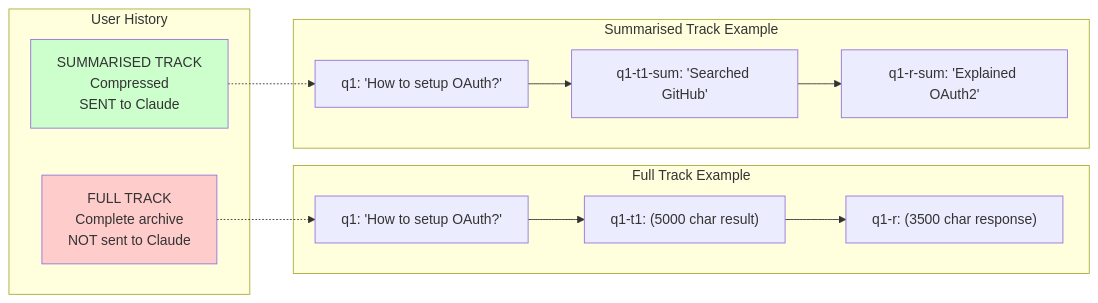
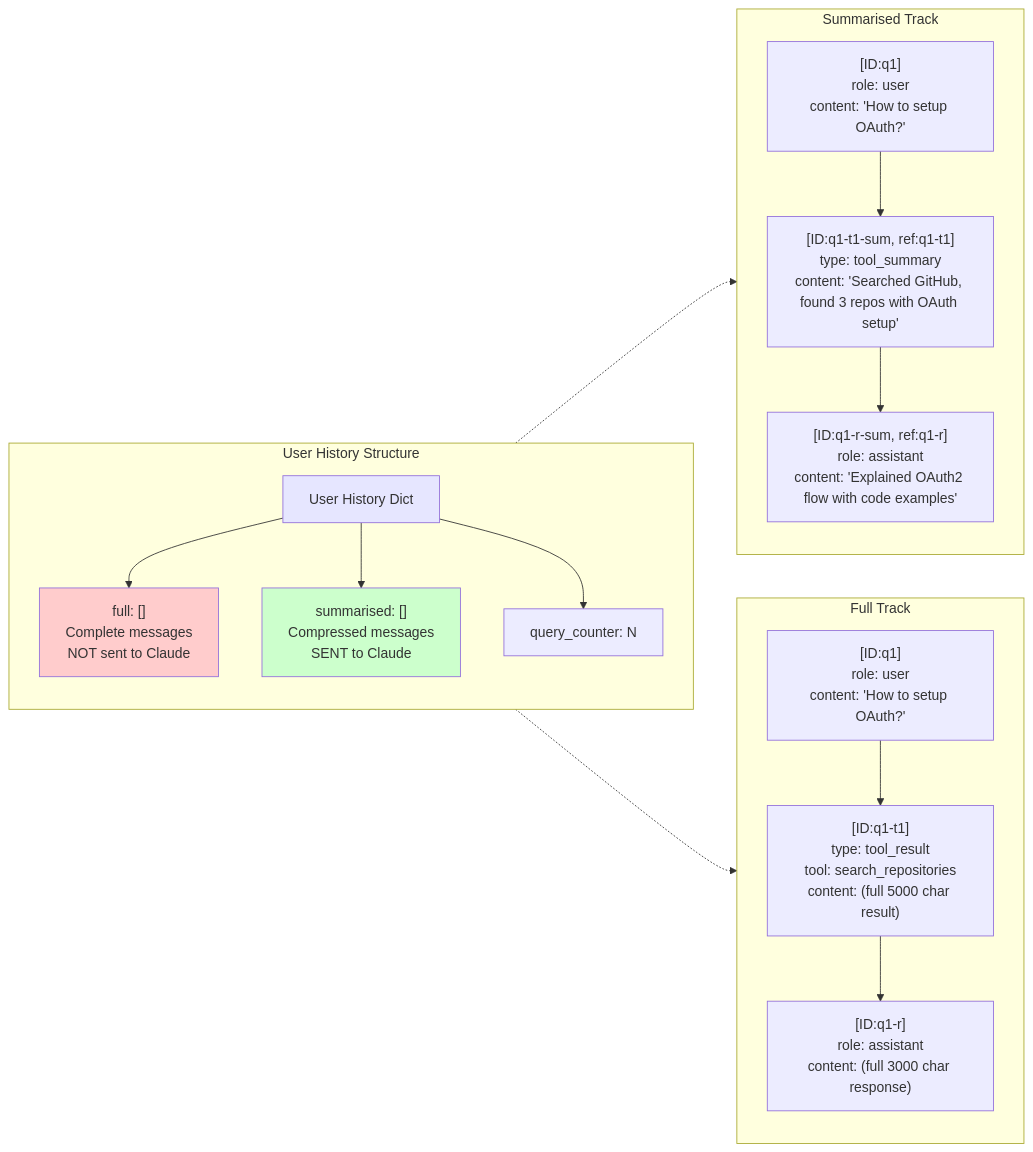
Before and after one commit to Suraj198-creator/Kler: the third of 7 diagrams in TOOL_ORCHESTRATION_FLOW.md, drawn with Mermaid. The commit also changed other lines of this file, not shown here.

````diff
--- a/TOOL_ORCHESTRATION_FLOW.md
+++ b/TOOL_ORCHESTRATION_FLOW.md
@@ -155,27 +149,39 @@
 ```mermaid
 graph LR
-    subgraph "User History"
-        Full["FULL TRACK<br/>Complete archive<br/>NOT sent to Claude"]
-        Summarised["SUMMARISED TRACK<br/>Compressed<br/>SENT to Claude"]
+    subgraph "User History Structure"
+        direction TB
+        History[User History Dict]
+        Full["full: []<br/>Complete messages<br/>NOT sent to Claude"]
+        Summarised["summarised: []<br/>Compressed messages<br/>SENT to Claude"]
+        Counter[query_counter: N]
+
+        History --> Full
+        History --> Summarised
+        History --> Counter
     end
 
-    subgraph "Full Track Example"
-        F1["q1: 'How to setup OAuth?'"]
-        F2["q1-t1: (5000 char result)"]
-        F3["q1-r: (3500 char response)"]
+    subgraph "Full Track"
+        direction TB
+        F1["[ID:q1]<br/>role: user<br/>content: 'How to setup OAuth?'"]
+        F2["[ID:q1-t1]<br/>type: tool_result<br/>tool: search_repositories<br/>content: (full 5000 char result)"]
+        F3["[ID:q1-r]<br/>role: assistant<br/>content: (full 3000 char response)"]
+
         F1 --> F2 --> F3
     end
 
-    subgraph "Summarised Track Example"
-        S1["q1: 'How to setup OAuth?'"]
-        S2["q1-t1-sum: 'Searched GitHub'"]
-        S3["q1-r-sum: 'Explained OAuth2'"]
+    subgraph "Summarised Track"
+        direction TB
+        S1["[ID:q1]<br/>role: user<br/>content: 'How to setup OAuth?'"]
+        S2["[ID:q1-t1-sum, ref:q1-t1]<br/>type: tool_summary<br/>content: 'Searched GitHub, found 3 repos with OAuth setup'"]
+        S3["[ID:q1-r-sum, ref:q1-r]<br/>role: assistant<br/>content: 'Explained OAuth2 flow with code examples'"]
+
         S1 --> S2 --> S3
     end
 
     Full -.-> F1
     Summarised -.-> S1
 
     style Full fill:#ffcccc
     style Summarised fill:#ccffcc
+    style History fill:#e6e6ff
 ```
````
